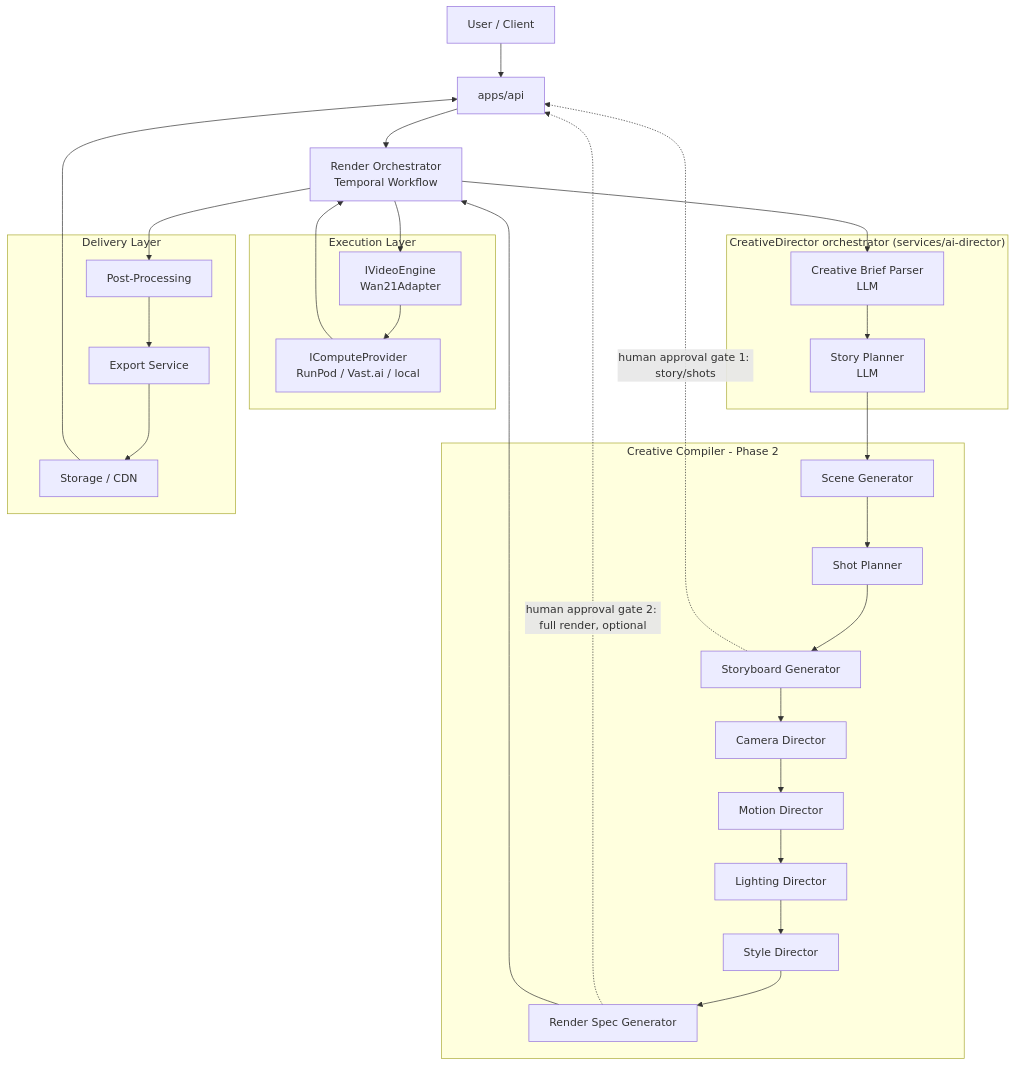
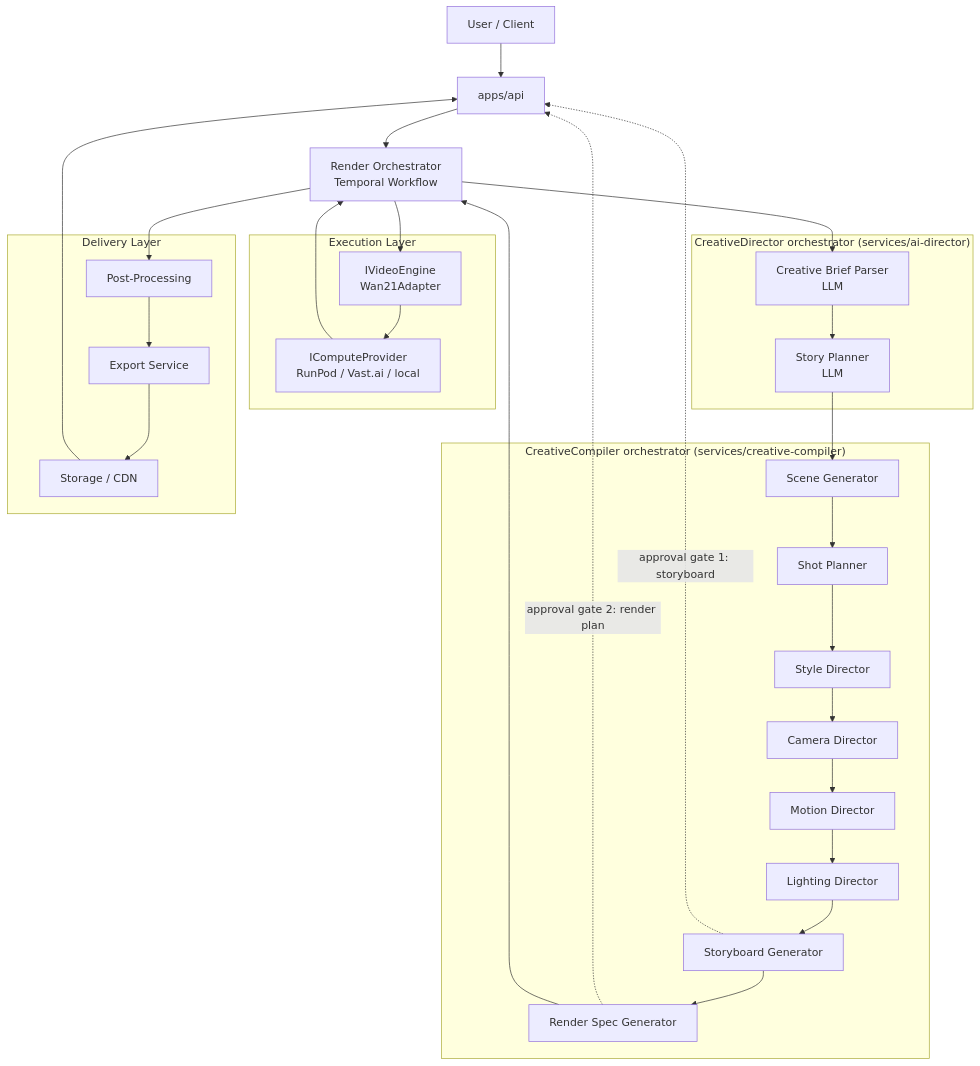
Before and after one commit to Y1X0/sallehly-ai-engine: the first of 2 diagrams in docs/ARCHITECTURE.md, drawn with Mermaid. The commit also changed other lines of this file and 36 other files, not shown here.

First line of the commit message:
Phase 2: Creative Compiler (Camera/Motion/Lighting/Style Directors, Storyboard Generator, Render Specification Generator)

````diff
--- a/docs/ARCHITECTURE.md
+++ b/docs/ARCHITECTURE.md
@@ -13,43 +13,44 @@
 ```mermaid
 flowchart TD
     U[User / Client] --> API[apps/api]
     API --> ORCH[Render Orchestrator<br/>Temporal Workflow]
 
     subgraph CD["CreativeDirector orchestrator (services/ai-director)"]
         BP[Creative Brief Parser<br/>LLM]
         STP[Story Planner<br/>LLM]
         BP --> STP
     end
 
-    subgraph L1[Creative Compiler - Phase 2]
+    subgraph CC["CreativeCompiler orchestrator (services/creative-compiler)"]
         SB[Scene Generator]
         SP[Shot Planner]
-        SG[Storyboard Generator]
+        STY[Style Director]
         CAM[Camera Director]
         MOT[Motion Director]
         LIT[Lighting Director]
-        STY[Style Director]
+        SG[Storyboard Generator]
         RC[Render Spec Generator]
     end
 
     subgraph L2[Execution Layer]
         ENGINE[IVideoEngine<br/>Wan21Adapter]
         COMPUTE[IComputeProvider<br/>RunPod / Vast.ai / local]
     end
 
     subgraph L3[Delivery Layer]
         PP[Post-Processing]
         EXP[Export Service]
         CDN[Storage / CDN]
     end
 
     ORCH --> BP
-    STP --> SB --> SP --> SG
-    SG -.->|human approval gate 1: story/shots| API
-    SG --> CAM --> MOT --> LIT --> STY --> RC
-    RC -.->|human approval gate 2: full render, optional| API
+    STP --> SB --> SP
+    SP --> STY --> CAM --> MOT --> LIT --> SG
+    SG -.->|approval gate 1: storyboard| API
+    SG --> RC
+    RC -.->|approval gate 2: render plan| API
     RC --> ORCH
     ORCH --> ENGINE --> COMPUTE
     COMPUTE --> ORCH
     ORCH --> PP --> EXP --> CDN --> API
 ```
````
